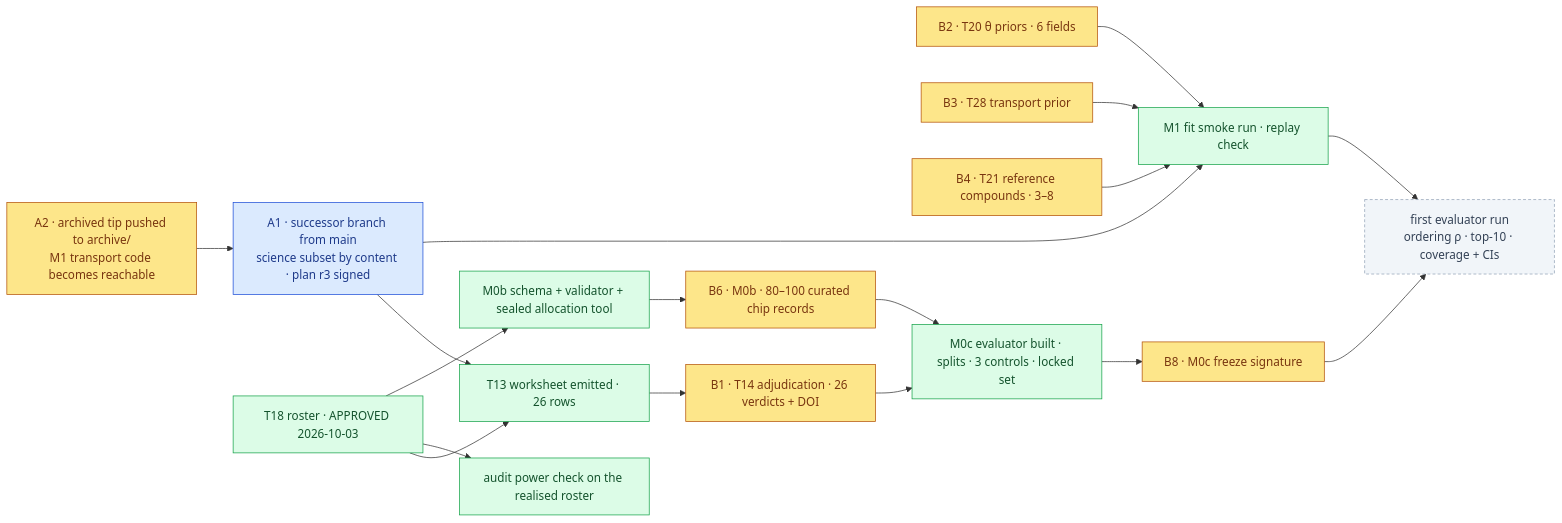
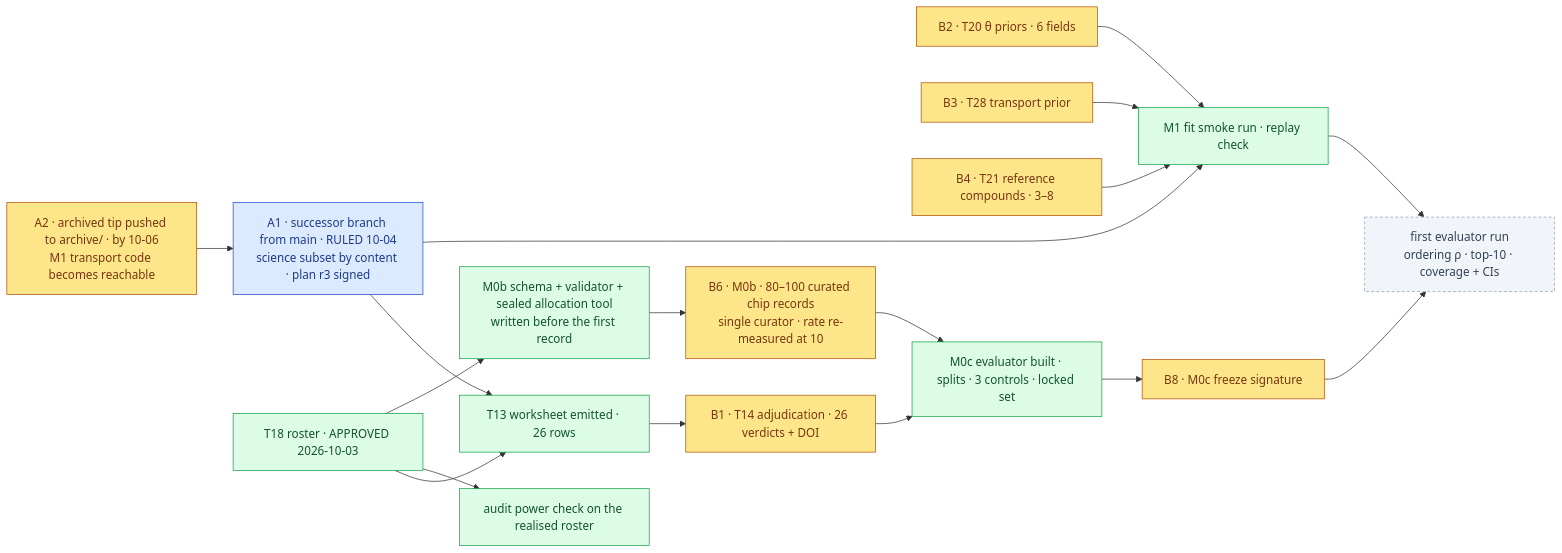
One commit to supmo668/bioFM changed the diagram in docs/hacp/lung-on-chipsim/decision.md. Above: the diagram before and after it, drawn with Mermaid. The commit also changed other lines of this file and 6 other files, not shown here.

````diff
--- a/docs/hacp/lung-on-chipsim/decision.md
+++ b/docs/hacp/lung-on-chipsim/decision.md
@@ -23,33 +48,33 @@
 ```mermaid
 flowchart LR
   classDef human fill:#fde68a,stroke:#b45309,color:#78350f
   classDef agent fill:#dcfce7,stroke:#16a34a,color:#14532d
   classDef cto fill:#dbeafe,stroke:#1d4ed8,color:#1e3a8a
   classDef out fill:#f1f5f9,stroke:#94a3b8,color:#334155,stroke-dasharray:4 3
-  A1["A1 · successor branch from main<br>science subset by content · plan r3 signed"]:::cto
-  A2["A2 · archived tip pushed to archive/<br>M1 transport code becomes reachable"]:::human
+  A1["A1 · successor branch from main · RULED 10-04<br>science subset by content · plan r3 signed"]:::cto
+  A2["A2 · archived tip pushed to archive/ · by 10-06<br>M1 transport code becomes reachable"]:::human
   R["T18 roster · APPROVED 2026-10-03"]:::agent
   W["T13 worksheet emitted · 26 rows"]:::agent
   B1["B1 · T14 adjudication · 26 verdicts + DOI"]:::human
   B2["B2 · T20 θ priors · 6 fields"]:::human
   B3["B3 · T28 transport prior"]:::human
   B4["B4 · T21 reference compounds · 3–8"]:::human
   P["audit power check on the realised roster"]:::agent
-  S["M0b schema + validator + sealed allocation tool"]:::agent
-  B6["B6 · M0b · 80–100 curated chip records"]:::human
+  S["M0b schema + validator + sealed allocation tool<br>written before the first record"]:::agent
+  B6["B6 · M0b · 80–100 curated chip records<br>single curator · rate re-measured at 10"]:::human
   EV["M0c evaluator built · splits · 3 controls · locked set"]:::agent
   B8["B8 · M0c freeze signature"]:::human
   F["M1 fit smoke run · replay check"]:::agent
   X["first evaluator run<br>ordering ρ · top-10 · coverage + CIs"]:::out
   A2 --> A1 --> W
   R --> W --> B1
   R --> P
   R --> S --> B6
   A1 --> F
   B2 --> F
   B3 --> F
   B4 --> F
   B1 --> EV
   B6 --> EV --> B8 --> X
   F --> X
 ```
````
